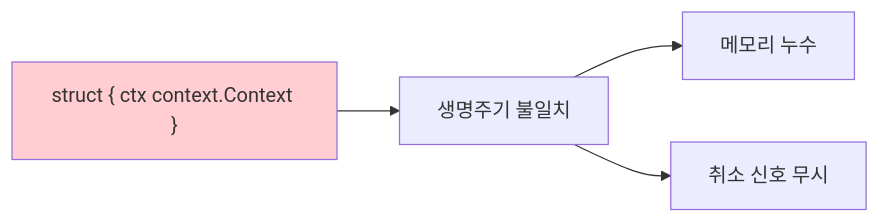
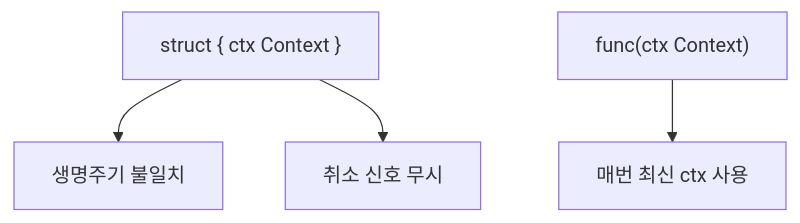
One commit to KimSeogyu/KimSeogyu.github.io changed the fourth of 4 diagrams in src/content/backend/go/enterprise-go-3-context.md. Above: the diagram before and after it, drawn with Mermaid. The commit also changed other lines of this file and 7 other files, not shown here.

````diff
--- a/src/content/backend/go/enterprise-go-3-context.md
+++ b/src/content/backend/go/enterprise-go-3-context.md
@@ -237,8 +114,7 @@
 ```mermaid
-graph LR
-    A["struct { ctx context.Context }"] --> B[생명주기 불일치]
-    B --> C[메모리 누수]
-    B --> D[취소 신호 무시]
+graph TD
+    BAD["struct { ctx Context }"] --> PROBLEM1["생명주기 불일치"]
+    BAD --> PROBLEM2["취소 신호 무시"]
     
-    style A fill:#ffcdd2
+    GOOD["func(ctx Context)"] --> OK["매번 최신 ctx 사용"]
 ```
````
